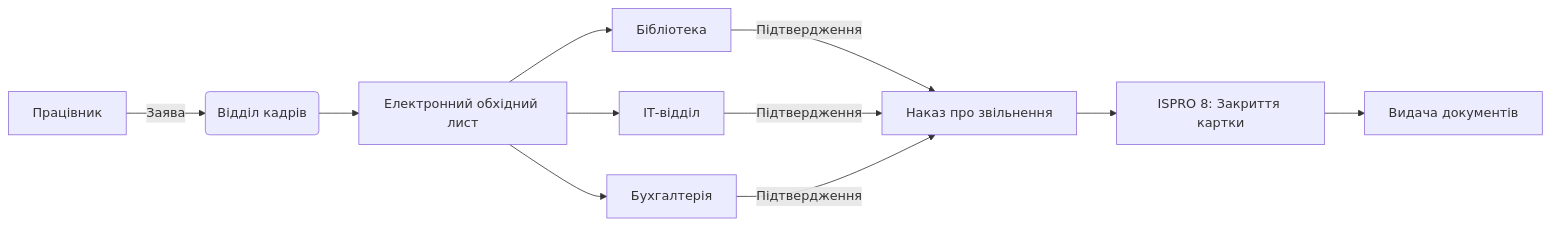
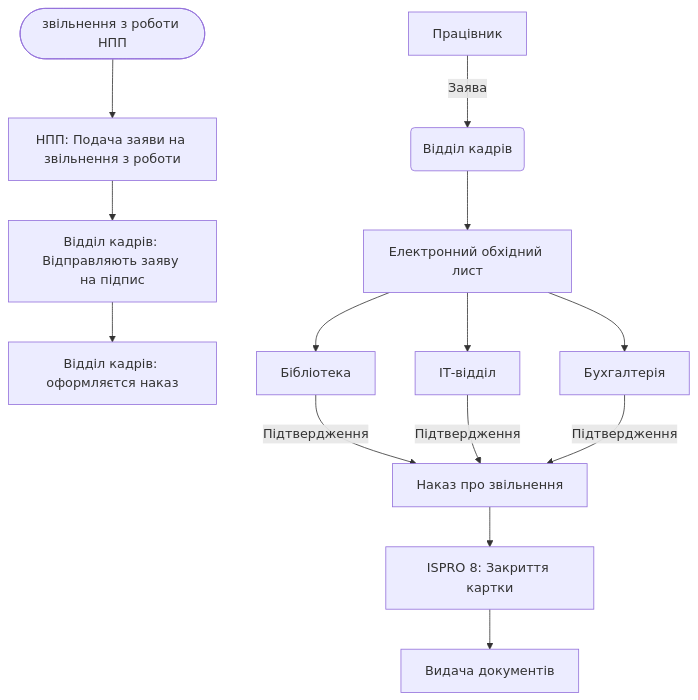
Before and after one commit to lisnayk/hr-workflows: the diagram in processes/offboarding/requirements.md, drawn with Mermaid. The commit also changed other lines of this file, not shown here.

````diff
--- a/processes/offboarding/requirements.md
+++ b/processes/offboarding/requirements.md
@@ -19,11 +26,15 @@
 ```mermaid
-graph LR
+flowchart TB
+    TITLE(["звільнення з роботи НПП"])
+    TITLE --> APPLICATION["НПП: Подача заяви на звільнення з роботи"]
+    APPLICATION --> R1["Відділ кадрів: Відправляють заяву на підпис"]
+    R1 --> A1["Відділ кадрів: оформляєтся наказ"]
     A[Працівник] -->|Заява| B(Відділ кадрів)
     B --> C[Електронний обхідний лист]
     C --> D1[Бібліотека]
     C --> D2[ІТ-відділ]
     C --> D3[Бухгалтерія]
     D1 & D2 & D3 -->|Підтвердження| E[Наказ про звільнення]
     E --> F[ISPRO 8: Закриття картки]
     F --> G[Видача документів]
 ```
````
